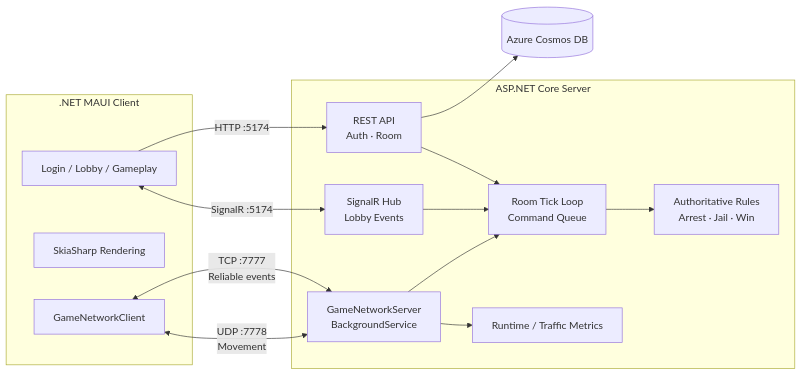
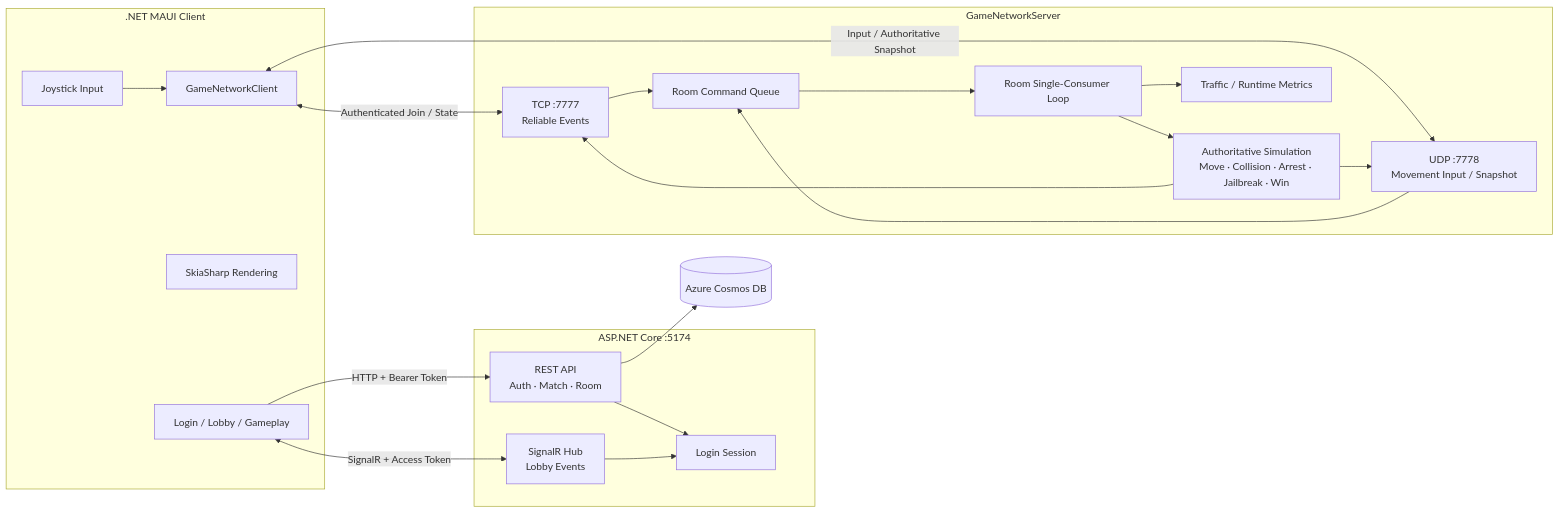
Before and after one commit to seoshinwoo/polrob: the first of 2 diagrams in README.md, drawn with Mermaid. The commit also changed other lines of this file, not shown here.

````diff
--- a/README.md
+++ b/README.md
@@ -46,29 +65,41 @@
 ```mermaid
 flowchart LR
     subgraph Client[.NET MAUI Client]
         UI[Login / Lobby / Gameplay]
+        Input[Joystick Input]
         Render[SkiaSharp Rendering]
-        NC[GameNetworkClient]
+        Network[GameNetworkClient]
     end
 
-    subgraph Server[ASP.NET Core Server]
-        API[REST API<br/>Auth · Room]
+    subgraph Web[ASP.NET Core :5174]
+        API[REST API<br/>Auth · Match · Room]
         Hub[SignalR Hub<br/>Lobby Events]
-        GNS[GameNetworkServer<br/>BackgroundService]
-        Room[Room Tick Loop<br/>Command Queue]
-        Rules[Authoritative Rules<br/>Arrest · Jail · Win]
-        Metrics[Runtime / Traffic Metrics]
+        Session[Login Session]
+    end
+
+    subgraph GameServer[GameNetworkServer]
+        TCP[TCP :7777<br/>Reliable Events]
+        UDP[UDP :7778<br/>Movement Input / Snapshot]
+        Queue[Room Command Queue]
+        Tick[Room Single-Consumer Loop]
+        Rules[Authoritative Simulation<br/>Move · Collision · Arrest · Jailbreak · Win]
+        Metrics[Traffic / Runtime Metrics]
     end
 
     DB[(Azure Cosmos DB)]
 
-    UI -->|HTTP :5174| API
-    UI <-->|SignalR :5174| Hub
-    NC <-->|TCP :7777<br/>Reliable events| GNS
-    NC <-->|UDP :7778<br/>Movement| GNS
+    UI -->|HTTP + Bearer Token| API
+    UI <-->|SignalR + Access Token| Hub
+    API --> Session
+    Hub --> Session
     API --> DB
-    API --> Room
-    Hub --> Room
-    GNS --> Room --> Rules
-    GNS --> Metrics
+    Input --> Network
+    Network <-->|Authenticated Join / State| TCP
+    Network <-->|Input / Authoritative Snapshot| UDP
+    TCP --> Queue
+    UDP --> Queue
+    Queue --> Tick --> Rules
+    Rules --> TCP
+    Rules --> UDP
+    Tick --> Metrics
 ```
````
